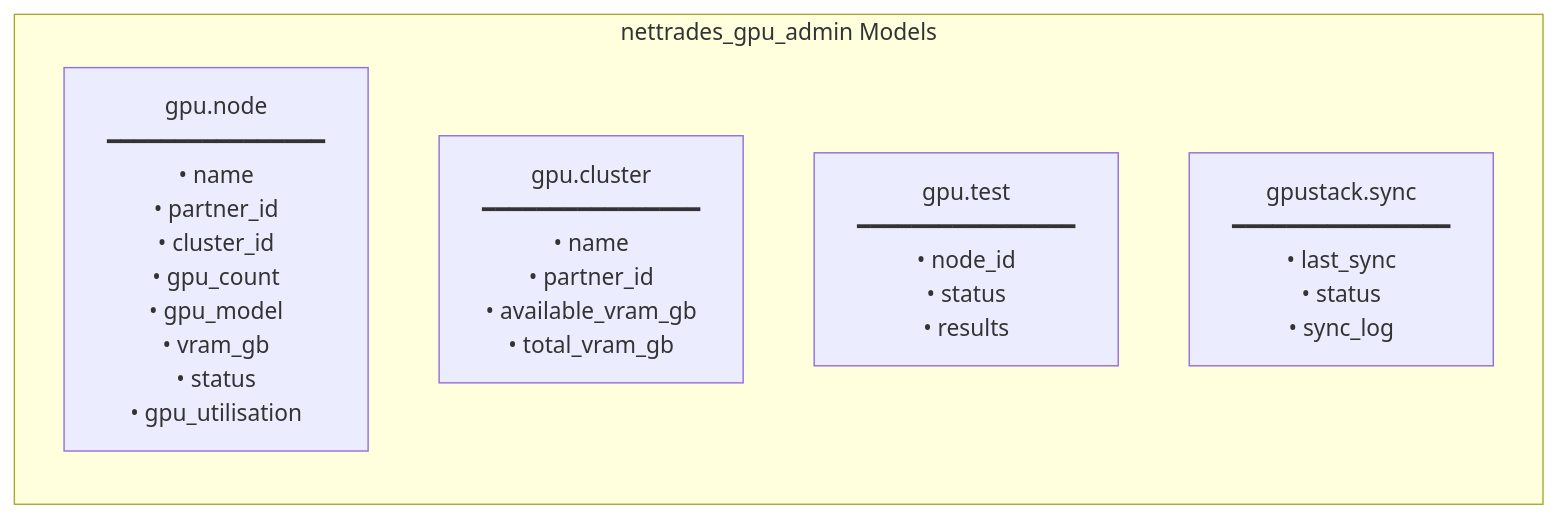
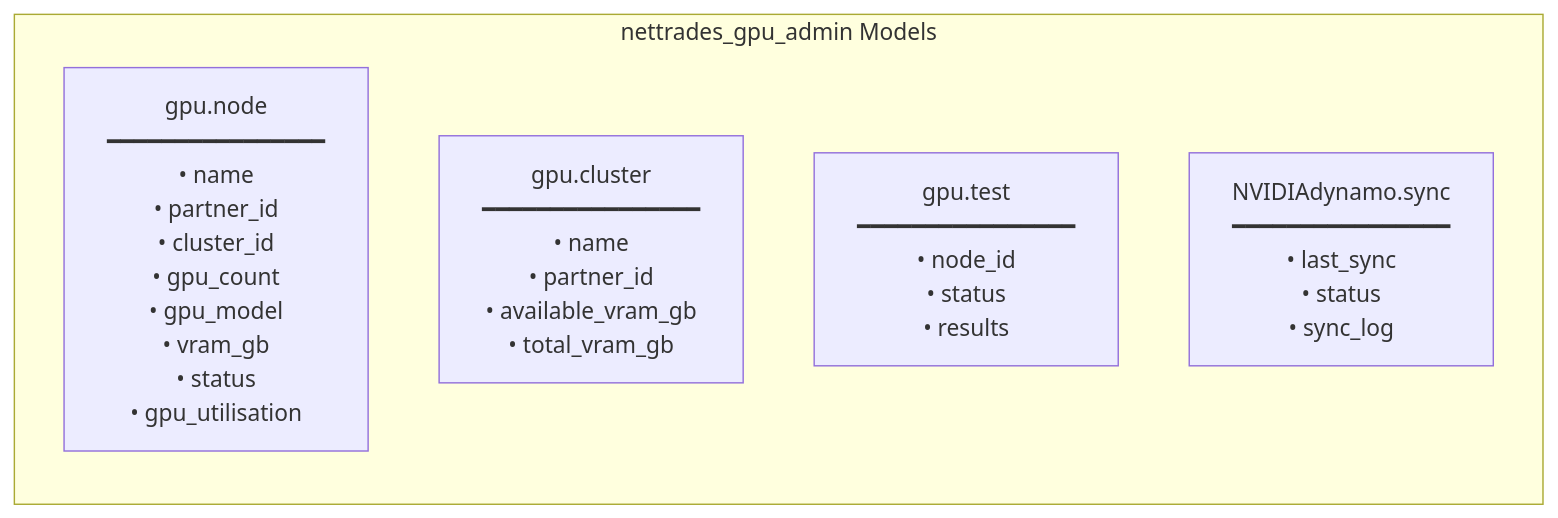
One commit to nettrades/nettrades-platform changed the fifth of 12 diagrams in docs/developer/Logical-Solution-Architecture-Diagram.md. Above: the diagram before and after it, drawn with Mermaid. The commit also changed other lines of this file and 56 other files, not shown here.

````diff
--- a/docs/developer/Logical-Solution-Architecture-Diagram.md
+++ b/docs/developer/Logical-Solution-Architecture-Diagram.md
@@ -560,9 +560,9 @@
 ```mermaid
 graph LR
     subgraph GPUAdminModels["nettrades_gpu_admin Models"]
         GPUNode["gpu.node\n━━━━━━━━━━━━━━━━\n• name\n• partner_id\n• cluster_id\n• gpu_count\n• gpu_model\n• vram_gb\n• status\n• gpu_utilisation"]
         GPUCluster["gpu.cluster\n━━━━━━━━━━━━━━━━\n• name\n• partner_id\n• available_vram_gb\n• total_vram_gb"]
         GPUTest["gpu.test\n━━━━━━━━━━━━━━━━\n• node_id\n• status\n• results"]
-        GPStackSync["gpustack.sync\n━━━━━━━━━━━━━━━━\n• last_sync\n• status\n• sync_log"]
+        NVIDIAdynamoSync["NVIDIAdynamo.sync\n━━━━━━━━━━━━━━━━\n• last_sync\n• status\n• sync_log"]
     end
 ```
````
